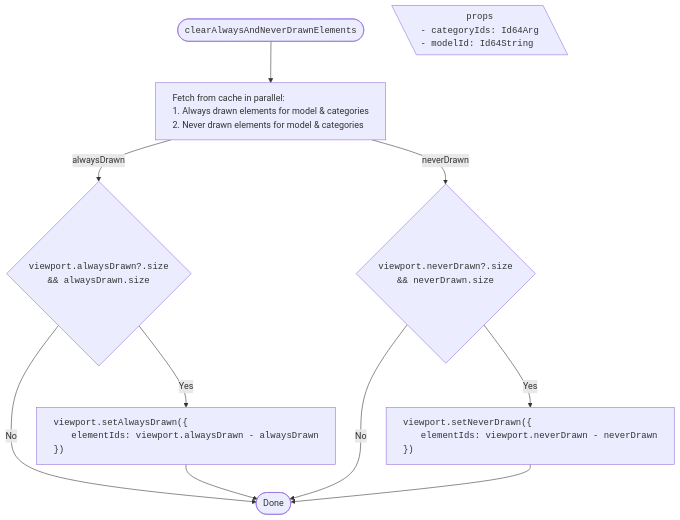
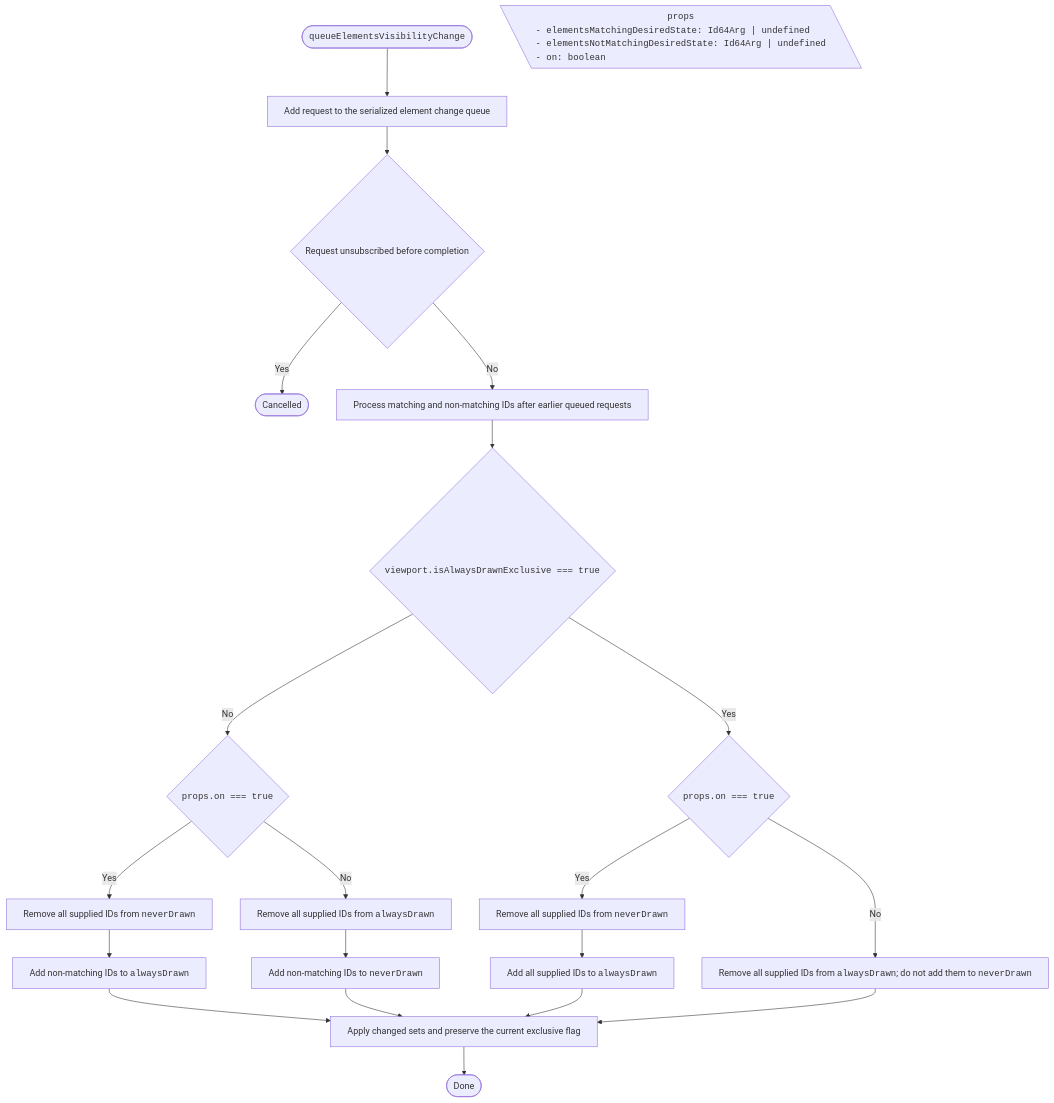
Before and after one commit to iTwin/viewer-components-react: diagram 17 of 17 in packages/itwin/tree-widget/docs/SharedVisibilityHandling.md, drawn with Mermaid. The commit also changed other lines of this file and 4 other files, not shown here.

Commit message:
[Tree widget]: update mermaid diagrams on `next`

````diff
--- a/packages/itwin/tree-widget/docs/SharedVisibilityHandling.md
+++ b/packages/itwin/tree-widget/docs/SharedVisibilityHandling.md
@@ -877,35 +761,39 @@
 ```mermaid
 ---
 config:
   flowchart:
     wrappingWidth: 750
     useMaxWidth: false
 ---
 
 flowchart TD
   RESULT_Done([Done])
+  RESULT_Cancelled([Cancelled])
 
   %% Start
-  TITLE(["<span style='font-family: monospace;'>clearAlwaysAndNeverDrawnElements</span>"]) --> A["<div style='text-align: left;'>Fetch from cache in parallel:
-  1. Always drawn elements for model & categories
-  2. Never drawn elements for model & categories</div>"]
+  TITLE(["<span style='font-family: monospace;'>queueElementsVisibilityChange</span>"]) --> A["Add request to the serialized element change queue"]
 
   PROPS[\"
     <span style='font-family: monospace;'>props</span>
-    <span style='display: block; text-align: left; font-family: monospace;'>- categoryIds: Id64Arg<br/> - modelId: Id64String</span>
+    <span style='display: block; text-align: left; font-family: monospace;'>- elementsMatchingDesiredState: Id64Arg | undefined<br/>- elementsNotMatchingDesiredState: Id64Arg | undefined<br/>- on: boolean</span>
   "\]
 
-  A -- "alwaysDrawn" --> B1{"<span style='font-family: monospace;'>viewport.alwaysDrawn?.size<br/> && alwaysDrawn.size </span>"}
-  B1 -- Yes --> B2["<div style='text-align: left; font-family: monospace;'>viewport.setAlwaysDrawn({
-    <span style='padding-left: 2rem;'>elementIds: viewport.alwaysDrawn - alwaysDrawn</span>
-    })</div>"]
-  B1 -- No --> RESULT_Done
-  B2 --> RESULT_Done
-
-  A -- "neverDrawn" --> C1{"<span style='font-family: monospace;'>viewport.neverDrawn?.size<br/> && neverDrawn.size </span>"}
-  C1 -- Yes --> C2["<div style='text-align: left; font-family: monospace;'>viewport.setNeverDrawn({
-    <span style='padding-left: 2rem;'>elementIds: viewport.neverDrawn - neverDrawn</span>
-    })</div>"]
-  C1 -- No --> RESULT_Done
-  C2 --> RESULT_Done
+  A --> B{"Request unsubscribed before completion"}
+  B -- Yes --> RESULT_Cancelled
+  B -- No --> C["Process matching and non-matching IDs after earlier queued requests"]
+  C --> X{"<span style='font-family: monospace;'>viewport.isAlwaysDrawnExclusive === true</span>"}
+  X -- No --> D{"<span style='font-family: monospace;'>props.on === true</span>"}
+  D -- Yes --> E["Remove all supplied IDs from <span style='font-family: monospace;'>neverDrawn</span>"]
+  E --> E1["Add non-matching IDs to <span style='font-family: monospace;'>alwaysDrawn</span>"]
+  D -- No --> F["Remove all supplied IDs from <span style='font-family: monospace;'>alwaysDrawn</span>"]
+  F --> F1["Add non-matching IDs to <span style='font-family: monospace;'>neverDrawn</span>"]
+  X -- Yes --> G{"<span style='font-family: monospace;'>props.on === true</span>"}
+  G -- Yes --> G1["Remove all supplied IDs from <span style='font-family: monospace;'>neverDrawn</span>"]
+  G1 --> G2["Add all supplied IDs to <span style='font-family: monospace;'>alwaysDrawn</span>"]
+  G -- No --> G3["Remove all supplied IDs from <span style='font-family: monospace;'>alwaysDrawn</span>; do not add them to <span style='font-family: monospace;'>neverDrawn</span>"]
+  E1 --> H["Apply changed sets and preserve the current exclusive flag"]
+  F1 --> H
+  G2 --> H
+  G3 --> H
+  H --> RESULT_Done
 ```
````
